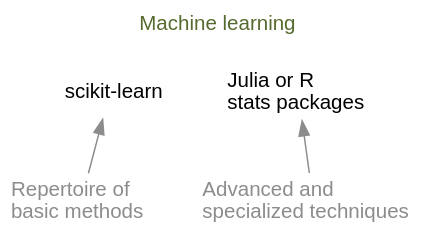
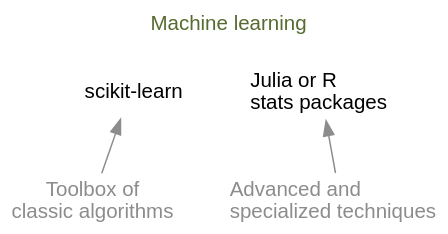
Diagram 17 of 19 in ml/frameworks_slides.qmd (WestDRI/arc-training), drawn with Graphviz before and after one commit. The commit also changed other lines of this file, not shown here.

````diff
--- a/ml/frameworks_slides.qmd
+++ b/ml/frameworks_slides.qmd
@@ -841,27 +915,27 @@
 ```{dot}
 //| echo: false
 
 strict digraph {
   
 bgcolor="transparent"
 graph [fontname="Inconsolata, sans-serif"]
 node [fontname="Inconsolata, sans-serif"]
 label="Machine learning\n\n"
 fontcolor=darkolivegreen
 labelloc=t
 
 1 [label="scikit-learn\r", shape=plaintext]
 2 [label="Julia or R\lstats packages\l", shape=plaintext]
 
-3 [label="Repertoire of\lbasic methods\l", shape=plaintext, fontcolor=gray55]
+3 [label="Toolbox of\nclassic algorithms", shape=plaintext, fontcolor=gray55]
 4 [label="Advanced and\lspecialized techniques\l", shape=plaintext, fontcolor=gray55]
 
 {rank=same; 1 2}
 {rank=same; 3 4}
 
 1 -> 2 [style=invis]
 1 -> 3 [dir=back, color=gray55]
 2 -> 4 [dir=back, color=gray55]
 
 }
 ```
````
